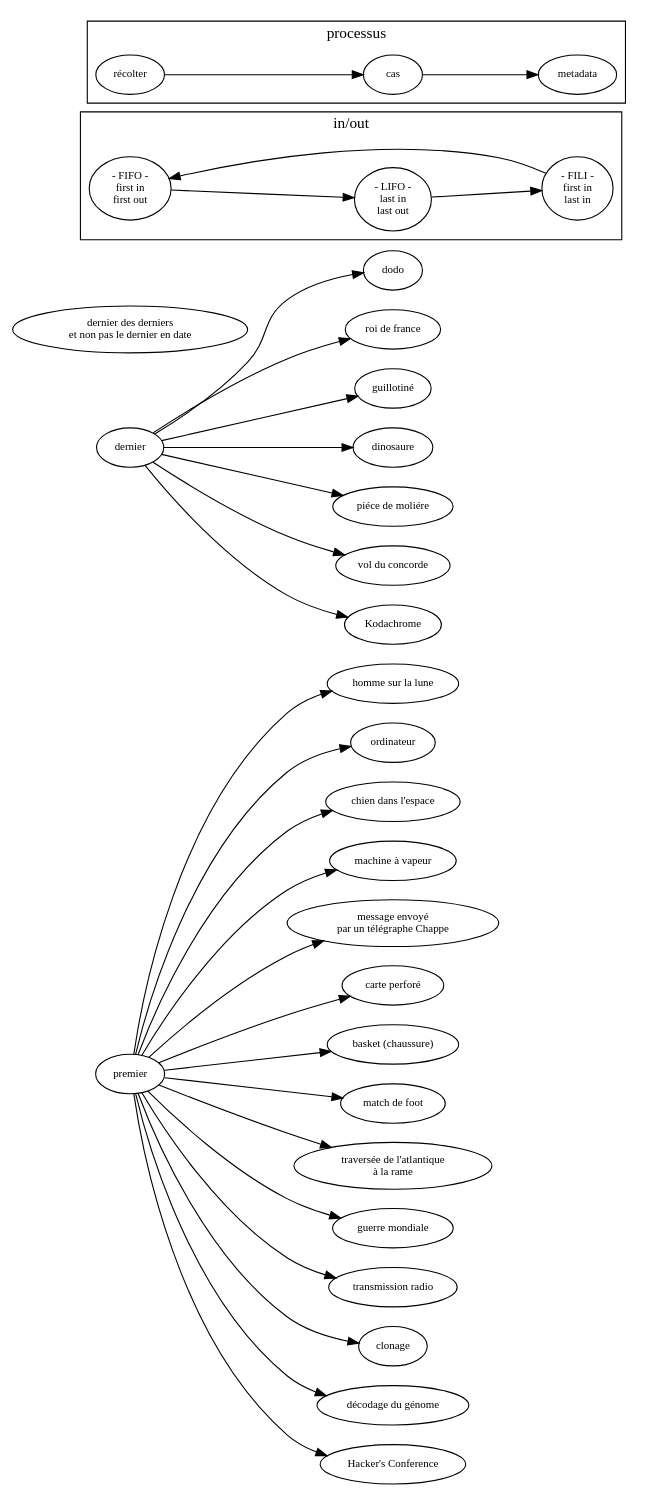
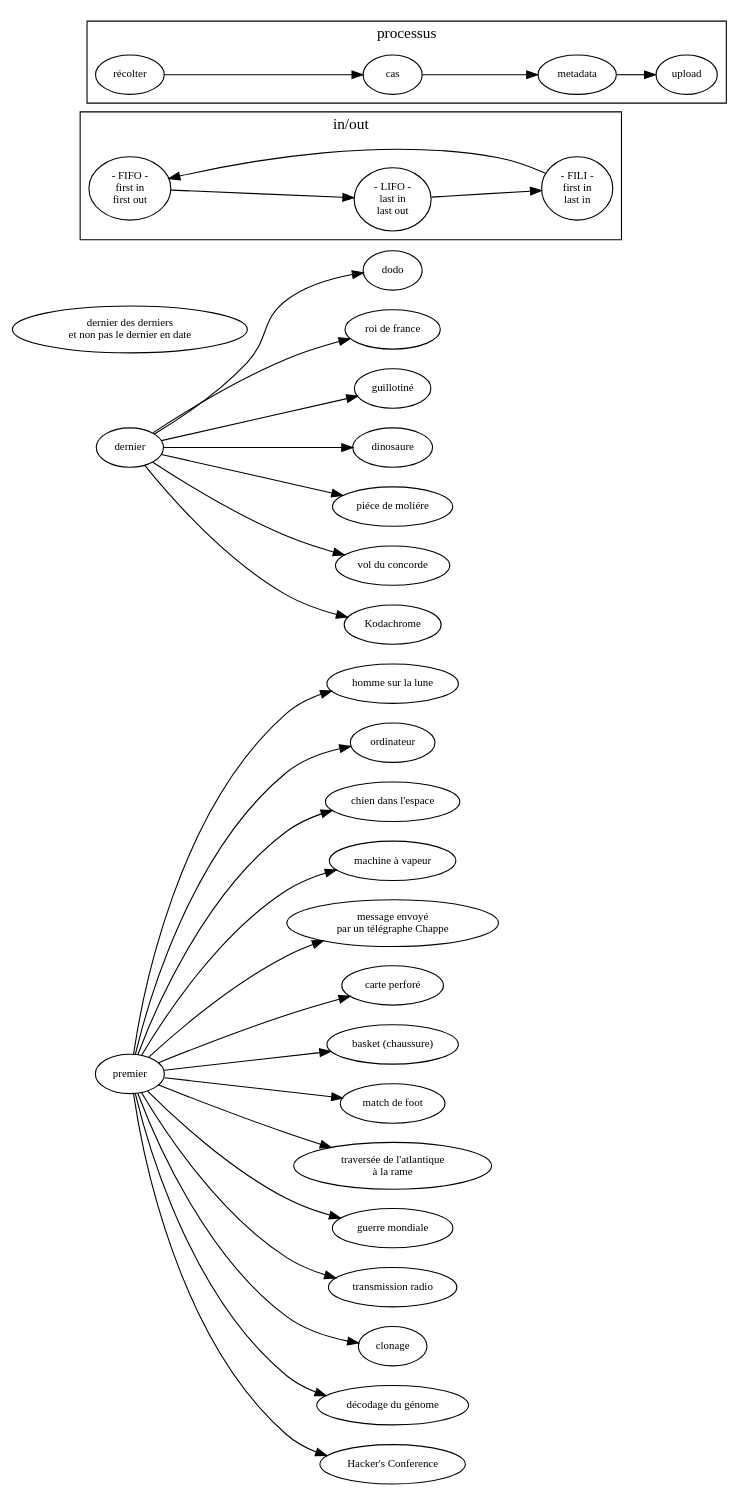
The diagram in sujet.dot (ensad-nancy/first-last), drawn with Graphviz before and after one commit.

Commit message:
+		get -> cas -> metadata -> upload

```diff
--- a/sujet.dot
+++ b/sujet.dot
@@ -1,63 +1,63 @@
 digraph {
 
 	layout= "dot"
 	
 
 	fontname="myriadpro"
 	fontsize = 14
 	rankdir="LR"
 	
 	
 	node [fontname="myriadpro", fontsize = 10]
 	edge [fontname="monaco", fontsize = 9]
 	
 	first [label="premier"]
 	last [label="dernier"]
 	
 	"dernier des derniers\n et non pas le dernier en date" 
 
 	first -> "homme sur la lune"
 	first -> "ordinateur"
 	first -> "chien dans l'espace"
 	first -> "machine à vapeur"
 	first -> "message envoyé\npar un télégraphe Chappe"
 	first -> "carte perforé"
 	first -> "basket (chaussure)"
 	first -> "match de foot"
 	first -> "traversée de l'atlantique\nà la rame"
 	first -> "guerre mondiale"
 	first -> "transmission radio"
 	first -> "clonage"
 	first -> "décodage du génome"
 	first -> "Hacker's Conference"
 	
 	last -> dodo
 	last -> "roi de france"
 	last -> "guillotiné"
 	last -> "dinosaure"
 	last -> "piéce de moliére"
 	last -> "vol du concorde"
 	last -> "Kodachrome"
 
 	subgraph cluster_FO{
 	
 		label="in/out"
 		
 		FIFO [label="- FIFO -\nfirst in\nfirst out"]
 		LIFO [label="- LIFO -\nlast in\nlast out"]
 		FILI [label="- FILI -\nfirst in\n last in"]
 
 		FILI -> FIFO -> LIFO -> FILI
 	}
 	
 	subgraph cluster_process {
 		
 		label="processus"
 		
 		get [label="récolter"]
 		
-		get -> cas -> metadata
+		get -> cas -> metadata -> upload
 	
 	}
 	
 }
```
